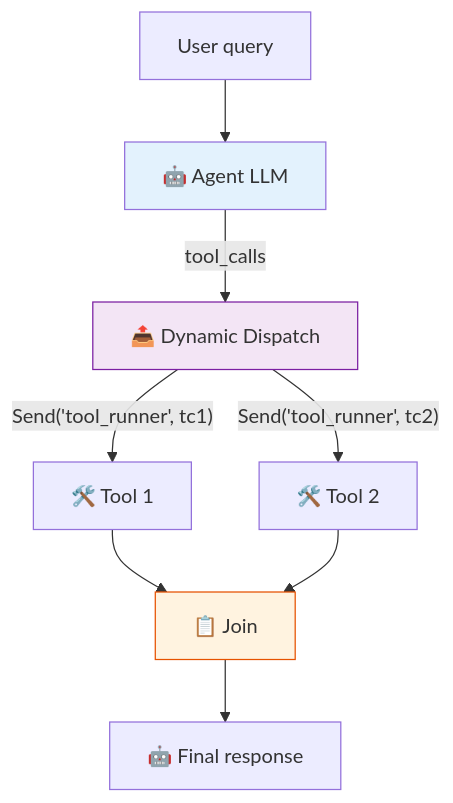
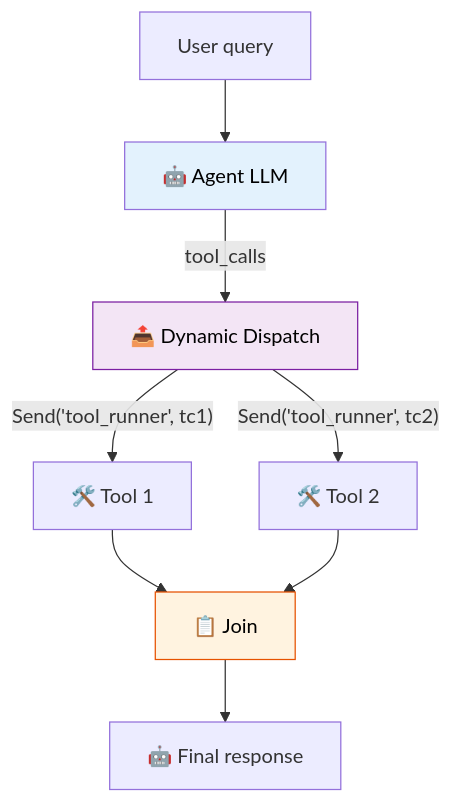
The diagram in 41_dynamic_tool_swarm_project/README.md (remolaan/Agentic-AI-Cookbook), drawn with Mermaid before and after one commit. The commit also changed 45 other files, not shown here.

Commit message:
Fix Mermaid diagram text colors for readability across all READMEs

````diff
--- a/41_dynamic_tool_swarm_project/README.md
+++ b/41_dynamic_tool_swarm_project/README.md
@@ -5,13 +5,13 @@
 ```mermaid
 flowchart TD
     Q["User query"] --> A["🤖 Agent LLM"]
     A -->|"tool_calls"| D["📤 Dynamic Dispatch"]
     D -->|"Send('tool_runner', tc1)"| T1["🛠️ Tool 1"]
     D -->|"Send('tool_runner', tc2)"| T2["🛠️ Tool 2"]
     T1 --> J["📋 Join"]
     T2 --> J
     J --> F["🤖 Final response"]
-    style A fill:#e3f2fd
-    style D fill:#f3e5f5,stroke:#7b1fa2
-    style J fill:#fff3e0,stroke:#e65100
+    style A fill:#e3f2fd,color:#000000
+    style D fill:#f3e5f5,stroke:#7b1fa2,color:#000000
+    style J fill:#fff3e0,stroke:#e65100,color:#000000
 ```
````
